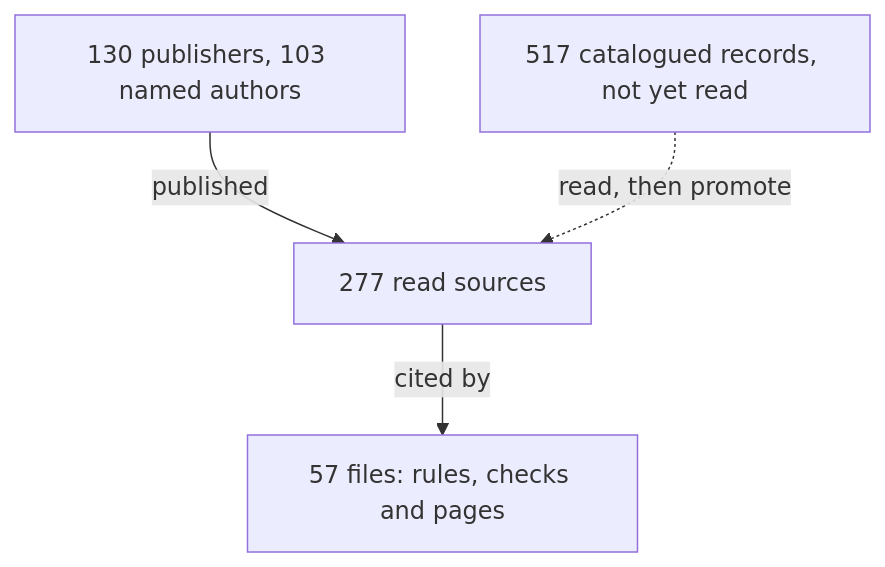
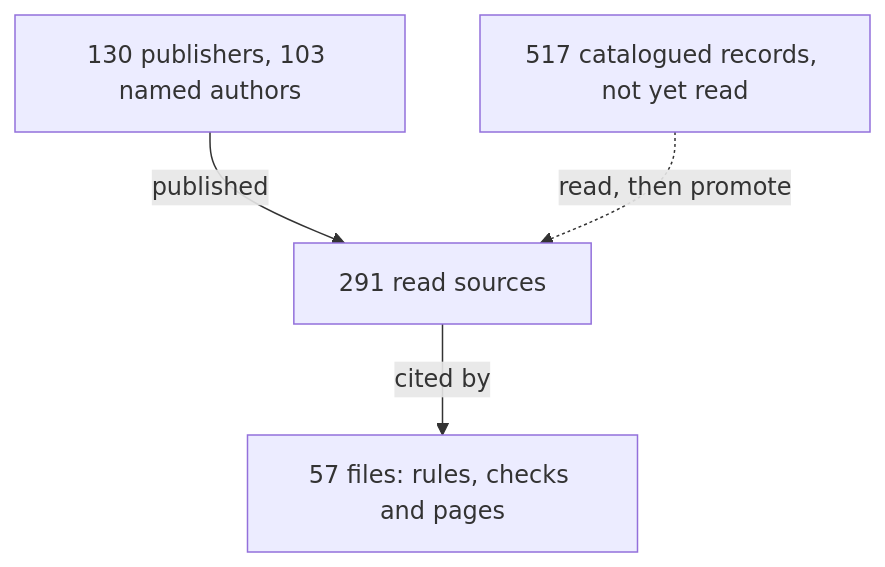
One commit to Valpatel/cad-agent changed the diagram in docs/practice/experts.md. Above: the diagram before and after it, drawn with Mermaid. The commit also changed other lines of this file and 3 other files, not shown here.

````diff
--- a/docs/practice/experts.md
+++ b/docs/practice/experts.md
@@ -6,7 +6,7 @@
 ```mermaid
 flowchart TD
-  P["130 publishers, 103 named authors"] -->|published| S["277 read sources"]
+  P["130 publishers, 103 named authors"] -->|published| S["291 read sources"]
   S -->|cited by| U["57 files: rules, checks and pages"]
   C["517 catalogued records, not yet read"] -.->|read, then promote| S
   class S here
 ```
````
